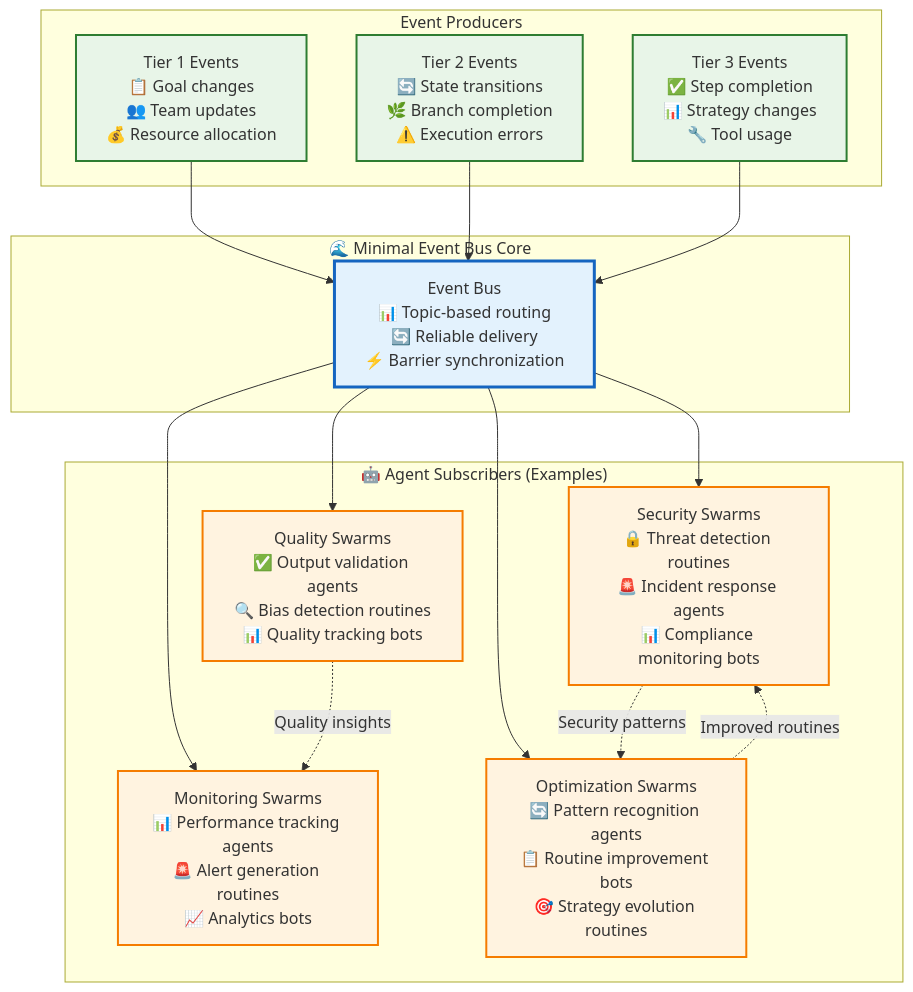
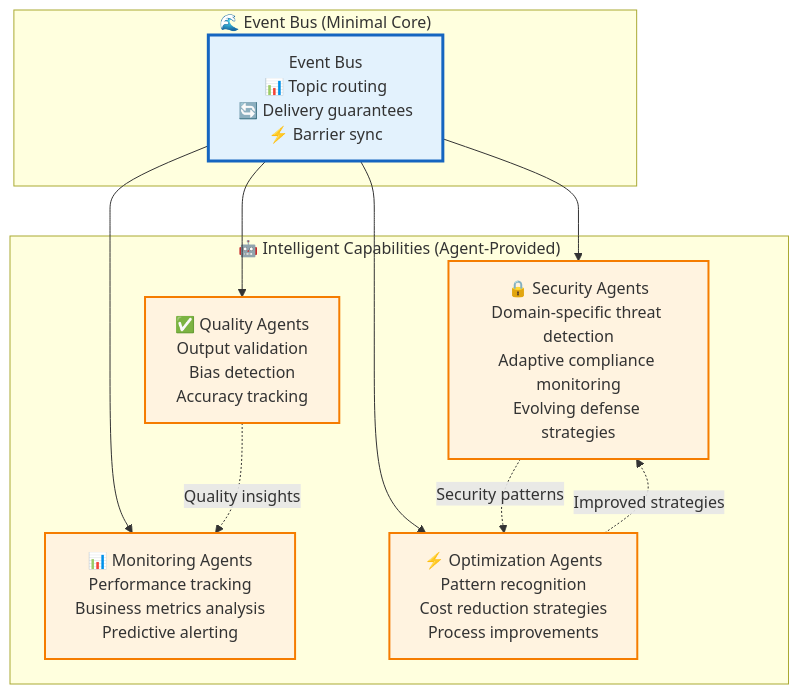
One commit to Vrooli/Vrooli changed the first of 2 diagrams in docs/architecture/execution/event-driven/README.md. Above: the diagram before and after it, drawn with Mermaid. The commit also changed other lines of this file and 21 other files, not shown here.

````diff
--- a/docs/architecture/execution/event-driven/README.md
+++ b/docs/architecture/execution/event-driven/README.md
@@ -13,41 +15,29 @@
 ```mermaid
 graph TB
-    subgraph "🌊 Minimal Event Bus Core"
-        EventBus[Event Bus<br/>📊 Topic-based routing<br/>🔄 Reliable delivery<br/>⚡ Barrier synchronization]
+    subgraph "🌊 Event Bus (Minimal Core)"
+        EventBus[Event Bus<br/>📊 Topic routing<br/>🔄 Delivery guarantees<br/>⚡ Barrier sync]
     end
     
-    subgraph "Event Producers"
-        T1Events[Tier 1 Events<br/>📋 Goal changes<br/>👥 Team updates<br/>💰 Resource allocation]
-        T2Events[Tier 2 Events<br/>🔄 State transitions<br/>🌿 Branch completion<br/>⚠️ Execution errors]
-        T3Events[Tier 3 Events<br/>✅ Step completion<br/>📊 Strategy changes<br/>🔧 Tool usage]
+    subgraph "🤖 Intelligent Capabilities (Agent-Provided)"
+        SecuritySwarms[🔒 Security Agents<br/>Domain-specific threat detection<br/>Adaptive compliance monitoring<br/>Evolving defense strategies]
+        MonitoringSwarms[📊 Monitoring Agents<br/>Performance tracking<br/>Business metrics analysis<br/>Predictive alerting]
+        OptimizationSwarms[⚡ Optimization Agents<br/>Pattern recognition<br/>Cost reduction strategies<br/>Process improvements]
+        QualitySwarms[✅ Quality Agents<br/>Output validation<br/>Bias detection<br/>Accuracy tracking]
     end
     
-    subgraph "🤖 Agent Subscribers (Examples)"
-        SecuritySwarms[Security Swarms<br/>🔒 Threat detection routines<br/>🚨 Incident response agents<br/>📊 Compliance monitoring bots]
-        MonitoringSwarms[Monitoring Swarms<br/>📊 Performance tracking agents<br/>🚨 Alert generation routines<br/>📈 Analytics bots]
-        OptimizationSwarms[Optimization Swarms<br/>🔄 Pattern recognition agents<br/>📋 Routine improvement bots<br/>🎯 Strategy evolution routines]
-        QualitySwarms[Quality Swarms<br/>✅ Output validation agents<br/>🔍 Bias detection routines<br/>📊 Quality tracking bots]
-    end
-    
-    T1Events --> EventBus
-    T2Events --> EventBus
-    T3Events --> EventBus
-    
     EventBus --> SecuritySwarms
-    EventBus --> MonitoringSwarms
+    EventBus --> MonitoringSwarms 
     EventBus --> OptimizationSwarms
     EventBus --> QualitySwarms
     
-    %% Self-improvement loops
-    OptimizationSwarms -.->|"Improved routines"| SecuritySwarms
+    %% Cross-agent learning
+    OptimizationSwarms -.->|"Improved strategies"| SecuritySwarms
     QualitySwarms -.->|"Quality insights"| MonitoringSwarms
     SecuritySwarms -.->|"Security patterns"| OptimizationSwarms
     
     classDef eventBus fill:#e3f2fd,stroke:#1565c0,stroke-width:3px
-    classDef producers fill:#e8f5e8,stroke:#2e7d32,stroke-width:2px
-    classDef consumers fill:#fff3e0,stroke:#f57c00,stroke-width:2px
+    classDef agents fill:#fff3e0,stroke:#f57c00,stroke-width:2px
     
     class EventBus eventBus
-    class T1Events,T2Events,T3Events producers
-    class SecuritySwarms,MonitoringSwarms,OptimizationSwarms,QualitySwarms consumers
+    class SecuritySwarms,MonitoringSwarms,OptimizationSwarms,QualitySwarms agents
 ```
````
